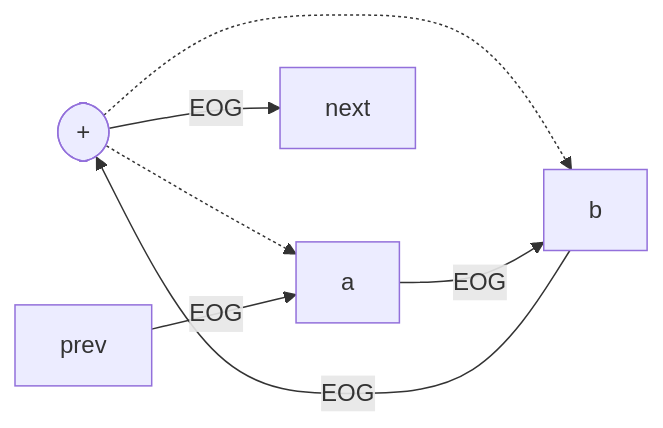
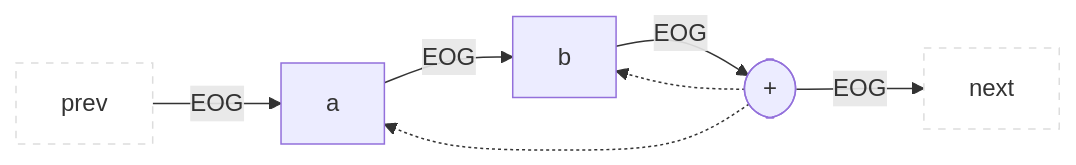
The first of 3 diagrams in cpg-core/specifications/eog.md (Fraunhofer-AISEC/cpg), drawn with Mermaid before and after one commit. The commit also changed other lines of this file, not shown here.

````diff
--- a/cpg-core/specifications/eog.md
+++ b/cpg-core/specifications/eog.md
@@ -21,10 +23,11 @@
 ```mermaid
 flowchart LR
+  classDef outer fill:#fff,stroke:#ddd,stroke-dasharray:5 5;
+  prev:::outer --EOG--> lhs
+  node --EOG--> next:::outer
   node([+]) -.-> lhs["a"]
   node -.-> rhs["b"]
-  prev --EOG--> lhs
   lhs --EOG--> rhs
   rhs --EOG--> node
-  node --EOG-->next
   
 ```
````
